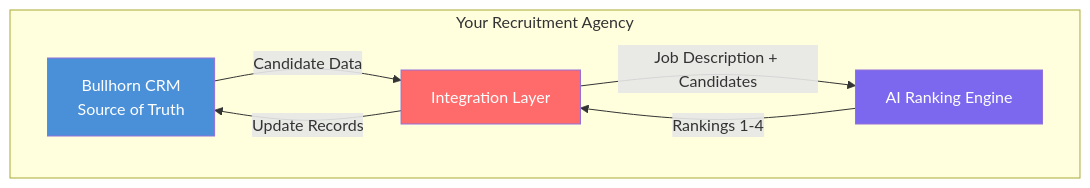
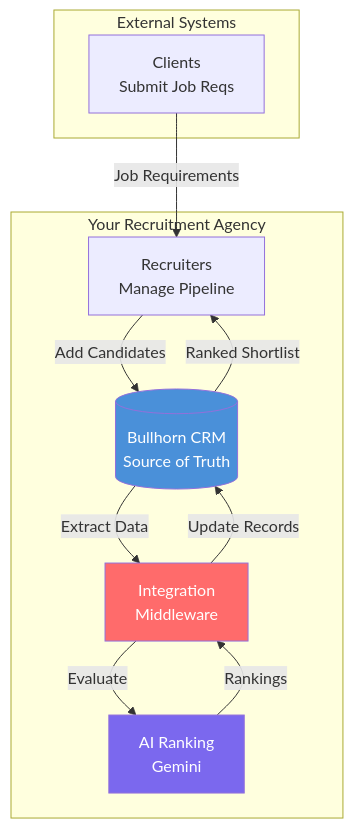
The third of 6 diagrams in README.md (Jackson-G2/bullhorn-ai-integration), drawn with Mermaid before and after one commit. The commit also changed other lines of this file and 15 other files, not shown here.

First line of the commit message:
Fix diagram text readability by using dark text on light fills

````diff
--- a/README.md
+++ b/README.md
@@ -106,17 +92,25 @@
 ```mermaid
 flowchart TB
-    subgraph YourBusiness [Your Recruitment Agency]
-        BH[Bullhorn CRM<br/>Source of Truth]
-        AI[AI Ranking Engine]
-        MW[Integration Layer]
+    subgraph External [External Systems]
+        Client[Clients<br/>Submit Job Reqs]
     end
-    
-    BH -->|Candidate Data| MW
-    MW -->|Job Description + Candidates| AI
-    AI -->|Rankings 1-4| MW
+
+    subgraph YourAgency [Your Recruitment Agency]
+        Recruiter[Recruiters<br/>Manage Pipeline]
+        BH[(Bullhorn CRM<br/>Source of Truth)]
+        MW[Integration<br/>Middleware]
+        AI[AI Ranking<br/>Gemini]
+    end
+
+    Client -->|Job Requirements| Recruiter
+    Recruiter -->|Add Candidates| BH
+    BH -->|Extract Data| MW
+    MW -->|Evaluate| AI
+    AI -->|Rankings| MW
     MW -->|Update Records| BH
-    
+    BH -->|Ranked Shortlist| Recruiter
+
     style BH fill:#4A90D9,color:#fff
     style AI fill:#7B68EE,color:#fff
     style MW fill:#FF6B6B,color:#fff
 ```
````
